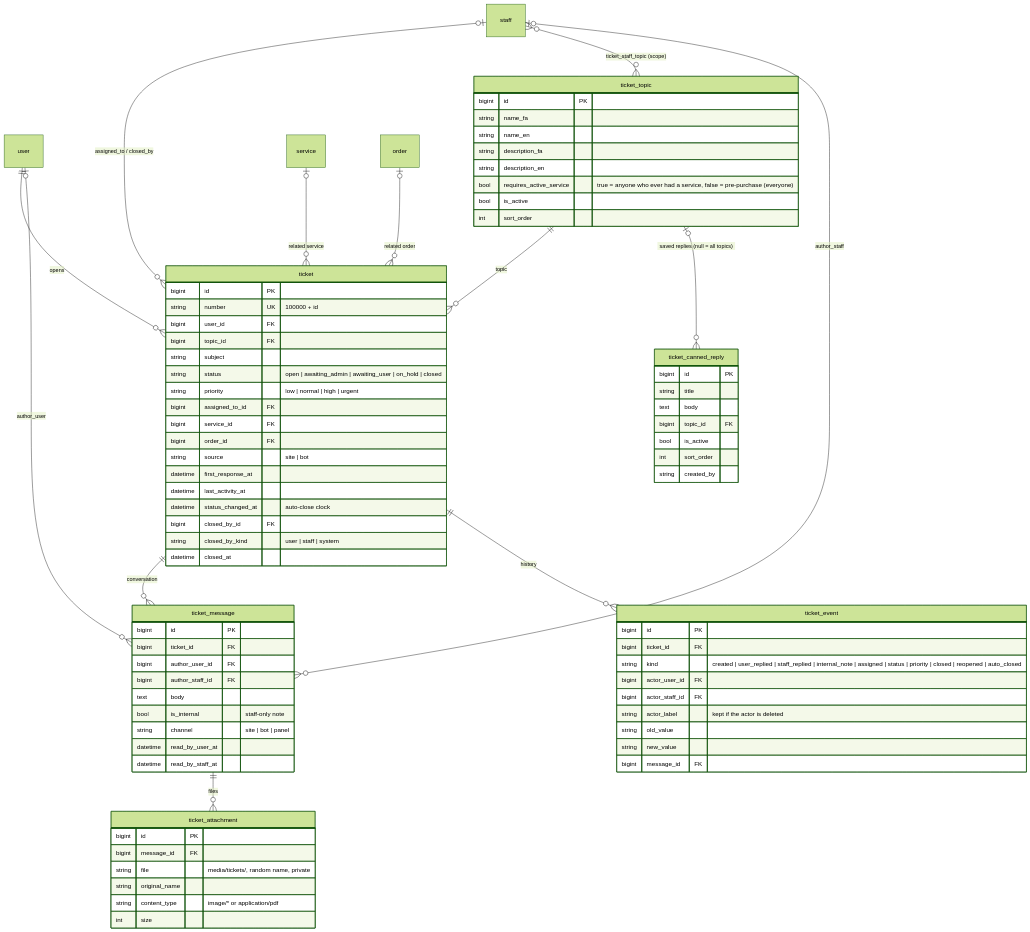
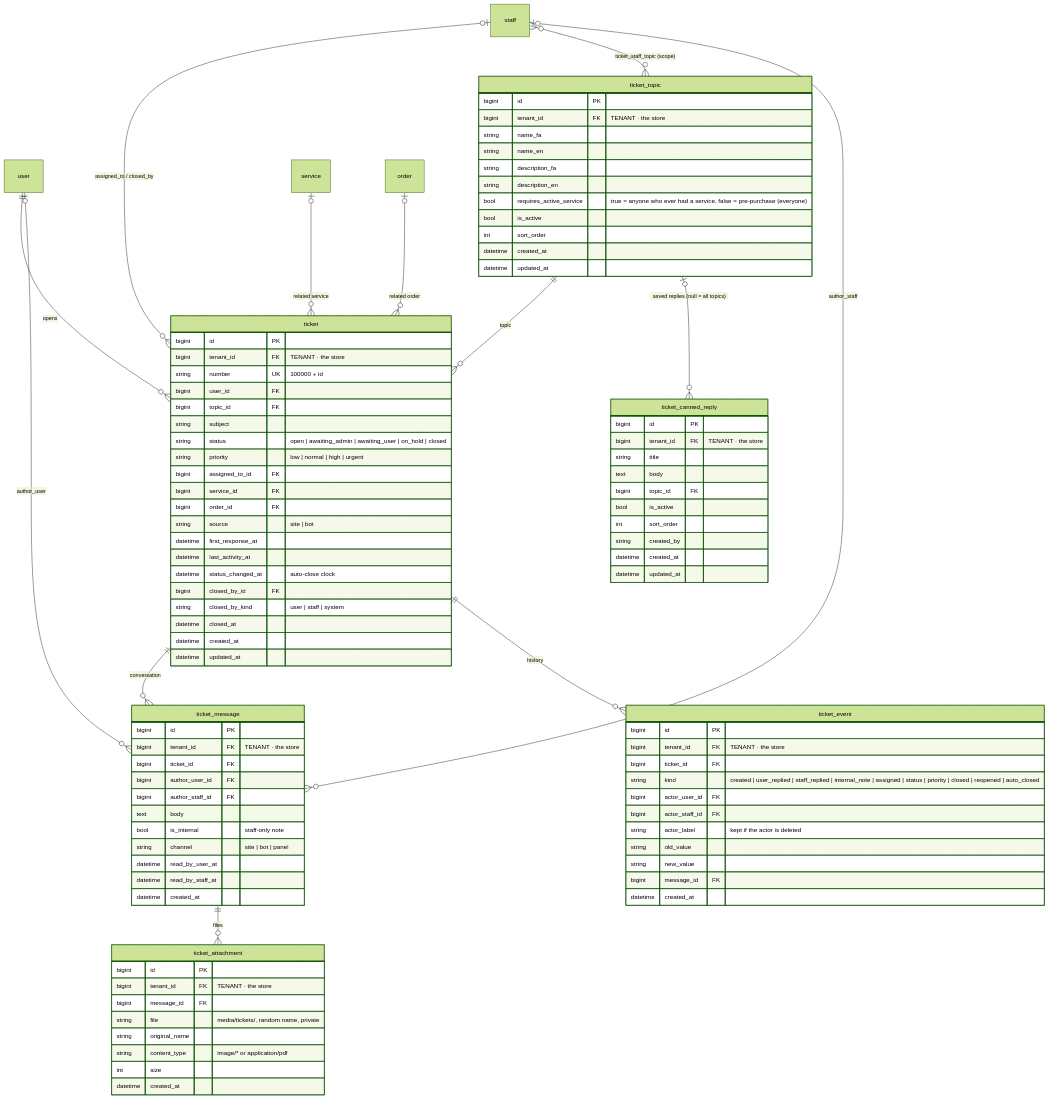
The sixth of 9 diagrams in docs/erd.md (santiyagoburcart/caspintunel), drawn with Mermaid (forest theme) before and after one commit. The commit also changed other lines of this file and 17 other files, not shown here.

First line of the commit message:
docs: v1.56.1 — docs audit after multi-tenant, WireGuard and the store import (docs only)

````diff
--- a/docs/erd.md
+++ b/docs/erd.md
@@ -812,6 +1011,7 @@
 
     ticket_topic {
         bigint id PK
+        bigint tenant_id FK "TENANT · the store"
         string name_fa
         string name_en
         string description_fa
@@ -819,9 +1019,12 @@
         bool requires_active_service "true = anyone who ever had a service, false = pre-purchase (everyone)"
         bool is_active
         int sort_order
+        datetime created_at
+        datetime updated_at
     }
     ticket {
         bigint id PK
+        bigint tenant_id FK "TENANT · the store"
         string number UK "100000 + id"
         bigint user_id FK
         bigint topic_id FK
@@ -838,9 +1041,12 @@
         bigint closed_by_id FK
         string closed_by_kind "user | staff | system"
         datetime closed_at
+        datetime created_at
+        datetime updated_at
     }
     ticket_message {
         bigint id PK
+        bigint tenant_id FK "TENANT · the store"
         bigint ticket_id FK
         bigint author_user_id FK
         bigint author_staff_id FK
@@ -849,26 +1055,33 @@
         string channel "site | bot | panel"
         datetime read_by_user_at
         datetime read_by_staff_at
+        datetime created_at
     }
     ticket_attachment {
         bigint id PK
+        bigint tenant_id FK "TENANT · the store"
         bigint message_id FK
         string file "media/tickets/, random name, private"
         string original_name
         string content_type "image/* or application/pdf"
         int size
+        datetime created_at
     }
     ticket_canned_reply {
         bigint id PK
+        bigint tenant_id FK "TENANT · the store"
         string title
         text body
         bigint topic_id FK
         bool is_active
         int sort_order
         string created_by
+        datetime created_at
+        datetime updated_at
     }
     ticket_event {
         bigint id PK
+        bigint tenant_id FK "TENANT · the store"
         bigint ticket_id FK
         string kind "created | user_replied | staff_replied | internal_note | assigned | status | priority | closed | reopened | auto_closed"
         bigint actor_user_id FK
@@ -877,5 +1090,6 @@
         string old_value
         string new_value
         bigint message_id FK
+        datetime created_at
     }
 ```
````
